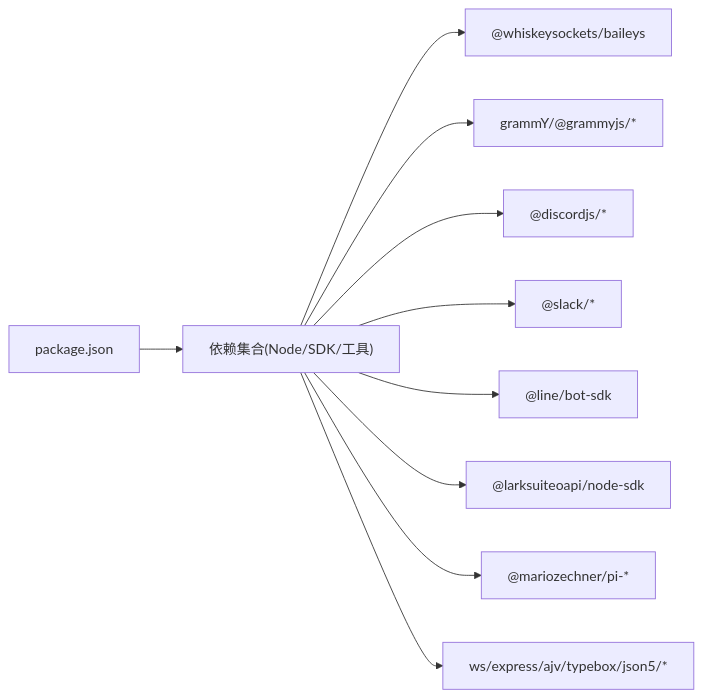
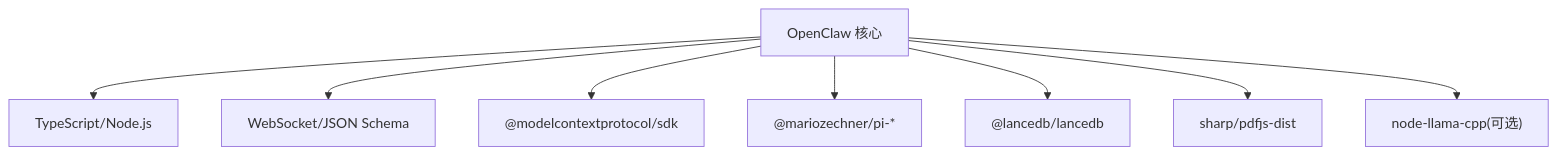
One commit to botx-work/OpenClaw-Internals changed the fifth of 5 diagrams in repowiki/zh/content/项目概述/项目概述.md. Above: the diagram before and after it, drawn with Mermaid. The commit also changed other lines of this file and 542 other files, not shown here.

````diff
--- a/repowiki/zh/content/项目概述/项目概述.md
+++ b/repowiki/zh/content/项目概述/项目概述.md
@@ -271,12 +252,18 @@
 ```mermaid
-graph LR
-PKG["package.json"] --> Deps["依赖集合(Node/SDK/工具)"]
-Deps --> Baileys["@whiskeysockets/baileys"]
-Deps --> Gram["grammY/@grammyjs/*"]
-Deps --> Discord["@discordjs/*"]
-Deps --> Slack["@slack/*"]
-Deps --> Line["@line/bot-sdk"]
-Deps --> Lark["@larksuiteoapi/node-sdk"]
-Deps --> Core["@mariozechner/pi-*"]
-Deps --> Utils["ws/express/ajv/typebox/json5/*"]
+graph TB
+OpenClaw["OpenClaw 核心"]
+TS["TypeScript/Node.js"]
+WS["WebSocket/JSON Schema"]
+MCP["@modelcontextprotocol/sdk"]
+Pi["@mariozechner/pi-*"]
+DB["@lancedb/lancedb"]
+Sharp["sharp/pdfjs-dist"]
+Llama["node-llama-cpp(可选)"]
+OpenClaw --> TS
+OpenClaw --> WS
+OpenClaw --> MCP
+OpenClaw --> Pi
+OpenClaw --> DB
+OpenClaw --> Sharp
+OpenClaw --> Llama
 ```
````
